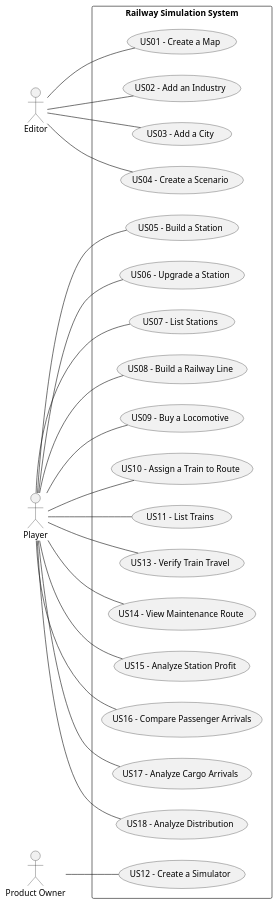
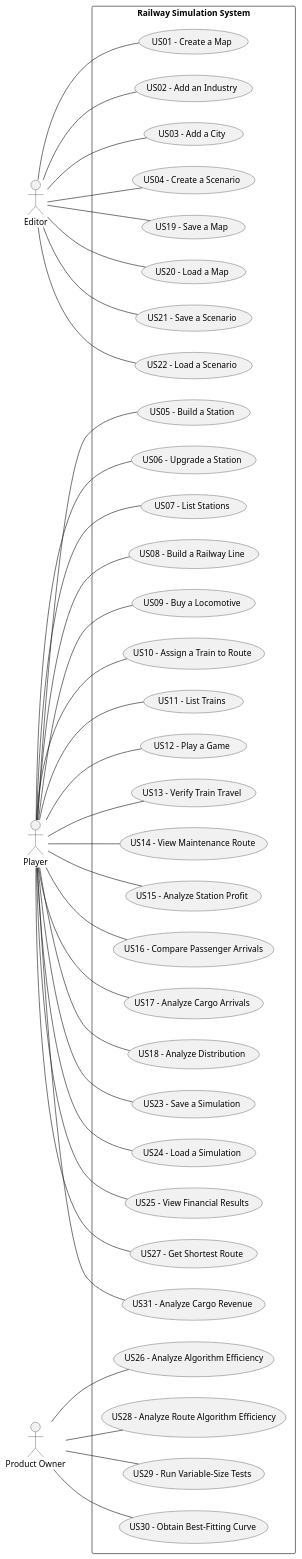
The diagram in docs/system-documentation/global-artifacts/01.requirements-engineering/puml/UCD.puml (HenriqueSilva18/Railway-Network-Simulator), drawn with PlantUML before and after one commit. The commit also changed 21 other files, not shown here.

```diff
--- a/docs/system-documentation/global-artifacts/01.requirements-engineering/puml/UCD.puml
+++ b/docs/system-documentation/global-artifacts/01.requirements-engineering/puml/UCD.puml
@@ -1,32 +1,43 @@
 @startuml
 left to right direction
 actor Editor
 actor Player
 actor "Product Owner" as PO
 
 rectangle "Railway Simulation System" {
 
     Editor -- (US01 - Create a Map)
     Editor -- (US02 - Add an Industry)
     Editor -- (US03 - Add a City)
     Editor -- (US04 - Create a Scenario)
+    Editor -- (US19 - Save a Map)
+    Editor -- (US20 - Load a Map)
+    Editor -- (US21 - Save a Scenario)
+    Editor -- (US22 - Load a Scenario)
 
     Player -- (US05 - Build a Station)
     Player -- (US06 - Upgrade a Station)
     Player -- (US07 - List Stations)
     Player -- (US08 - Build a Railway Line)
     Player -- (US09 - Buy a Locomotive)
     Player -- (US10 - Assign a Train to Route)
     Player -- (US11 - List Trains)
+    Player -- (US12 - Play a Game)
     Player -- (US13 - Verify Train Travel)
     Player -- (US14 - View Maintenance Route)
     Player -- (US15 - Analyze Station Profit)
     Player -- (US16 - Compare Passenger Arrivals)
     Player -- (US17 - Analyze Cargo Arrivals)
     Player -- (US18 - Analyze Distribution)
+    Player -- (US23 - Save a Simulation)
+    Player -- (US24 - Load a Simulation)
+    Player -- (US25 - View Financial Results)
+    Player -- (US27 - Get Shortest Route)
+    Player -- (US31 - Analyze Cargo Revenue)
 
-    PO -- (US12 - Create a Simulator)
-
-
+    PO -- (US26 - Analyze Algorithm Efficiency)
+    PO -- (US28 - Analyze Route Algorithm Efficiency)
+    PO -- (US29 - Run Variable-Size Tests)
+    PO -- (US30 - Obtain Best-Fitting Curve)
 }
 @enduml
```
